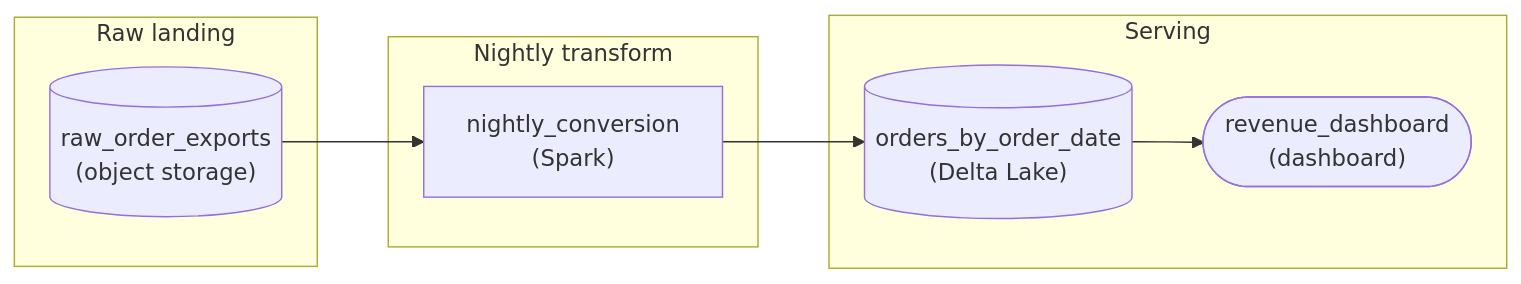
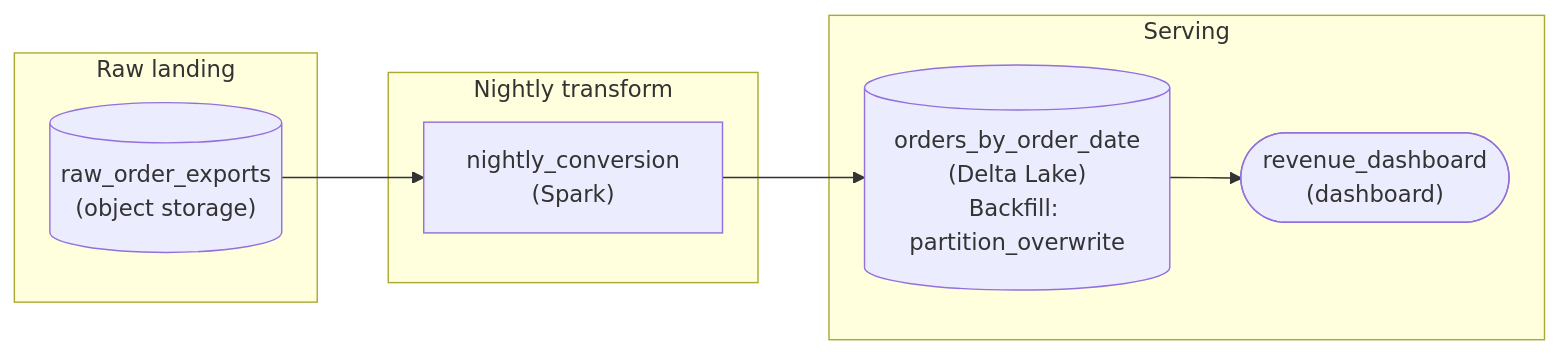
The third of 4 diagrams in lesson_preview/interview/architecture/pipeline_where_data_lives_beginner.md (Dulain-Willis/study-helper), drawn with Mermaid before and after one commit. The commit also changed 26 other files, not shown here.

First line of the commit message:
Mermaid diagrams: show tags and extra values inside each node (#43)

````diff
--- a/lesson_preview/interview/architecture/pipeline_where_data_lives_beginner.md
+++ b/lesson_preview/interview/architecture/pipeline_where_data_lives_beginner.md
@@ -765,16 +765,16 @@
 ```mermaid
 flowchart LR
     subgraph L0["Raw landing"]
         n0[("raw_order_exports<br/>(object storage)")]
     end
     subgraph L1["Nightly transform"]
         n1["nightly_conversion<br/>(Spark)"]
     end
     subgraph L2["Serving"]
-        n2[("orders_by_order_date<br/>(Delta Lake)")]
+        n2[("orders_by_order_date<br/>(Delta Lake)<br/>Backfill: partition_overwrite")]
         n3(["revenue_dashboard<br/>(dashboard)"])
     end
     n0 --> n1
     n1 --> n2
     n2 --> n3
 ```
````
